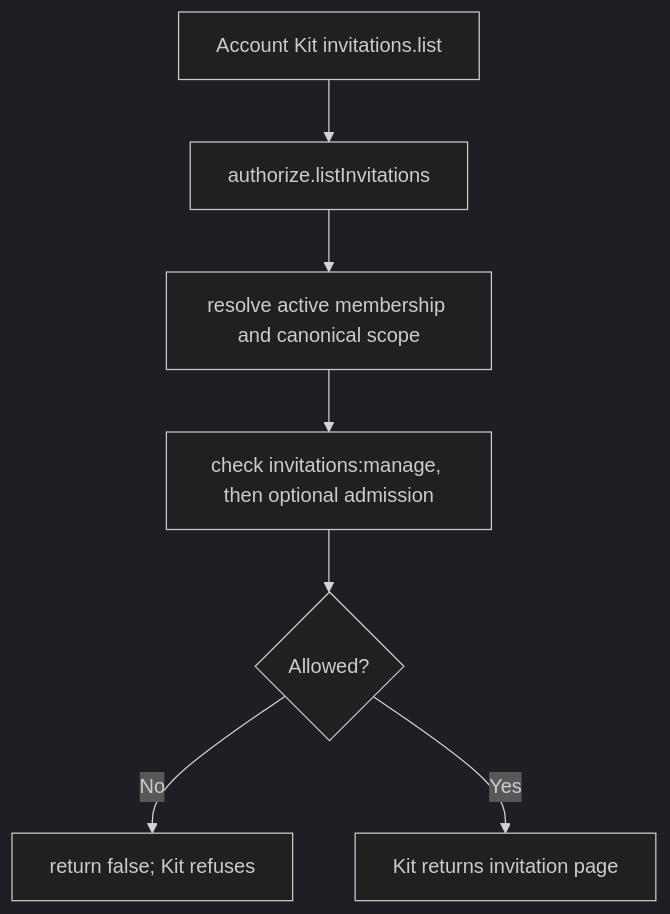
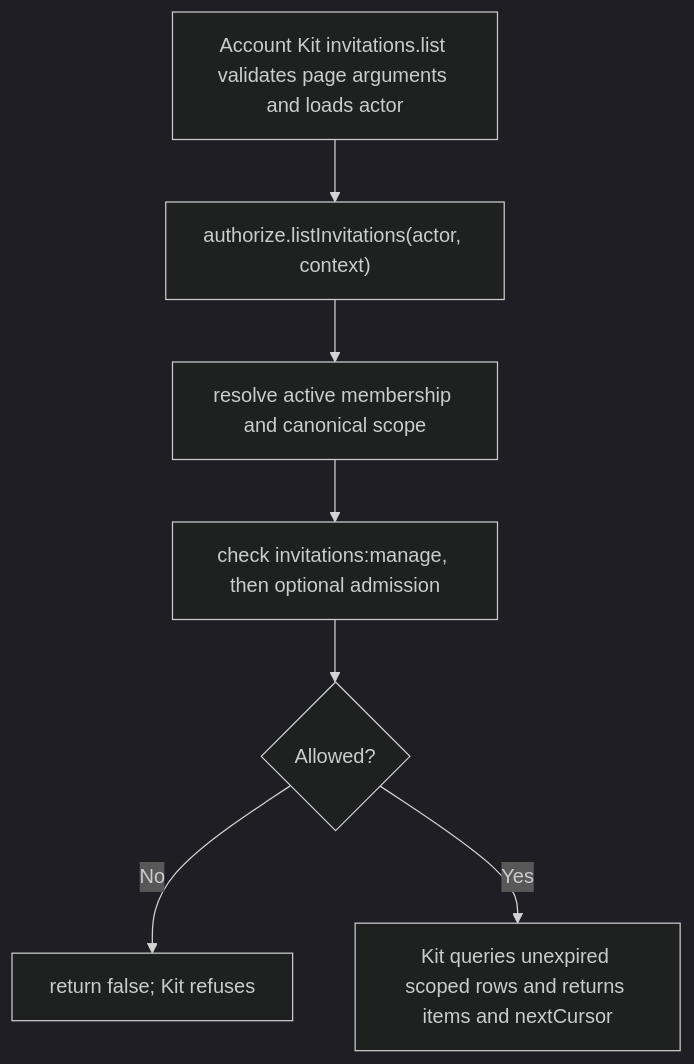
One commit to Kevinjohn/oss-adonisjs-access-control changed the second of 2 diagrams in user-stories/US-ACCESS-17-manage-pending-invitations.md. Above: the diagram before and after it, drawn with Mermaid (dark theme). The commit also changed other lines of this file and 25 other files, not shown here.

````diff
--- a/user-stories/US-ACCESS-17-manage-pending-invitations.md
+++ b/user-stories/US-ACCESS-17-manage-pending-invitations.md
@@ -31,9 +31,9 @@
 ```mermaid
 flowchart TD
-    A["Account Kit invitations.list"] --> B["authorize.listInvitations"]
+    A["Account Kit invitations.list validates page arguments and loads actor"] --> B["authorize.listInvitations(actor, context)"]
     B --> C["resolve active membership and canonical scope"]
     C --> D["check invitations:manage, then optional admission"]
     D --> E{"Allowed?"}
     E -->|No| F["return false; Kit refuses"]
-    E -->|Yes| G["Kit returns invitation page"]
+    E -->|Yes| G["Kit queries unexpired scoped rows and returns items and nextCursor"]
 ```
````
